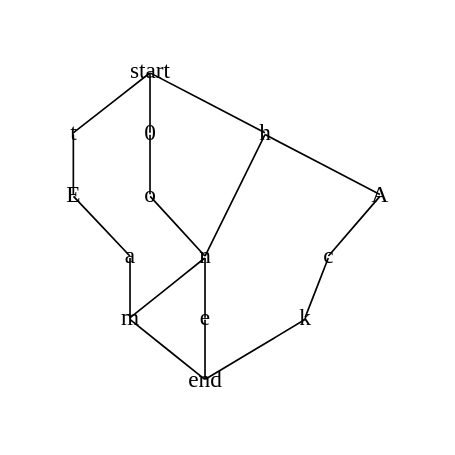
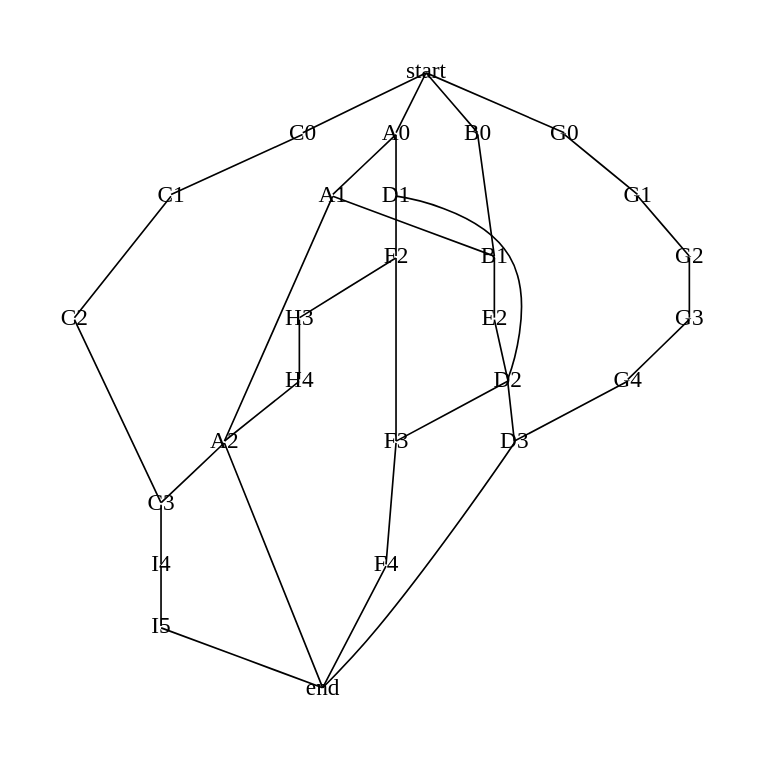
Before and after one commit to MarkusYPA/lem-in: the diagram in viz/graph.gv, drawn with Graphviz. The commit also changed 2 other files, not shown here.

```diff
--- a/viz/graph.gv
+++ b/viz/graph.gv
@@ -1,41 +1,72 @@
 digraph G {
     ratio=1;
     pad=0.5;
     edge [arrowhead=none];
 
     start [shape=box];
     end [shape=box];
 
     start [fixedsize=true height= 0, width=0 color="transparent"];
-    0 [fixedsize=true height= 0, width=0 color="transparent"];
-    o [fixedsize=true height= 0, width=0 color="transparent"];
-    n [fixedsize=true height= 0, width=0 color="transparent"];
-    e [fixedsize=true height= 0, width=0 color="transparent"];
-    t [fixedsize=true height= 0, width=0 color="transparent"];
-    E [fixedsize=true height= 0, width=0 color="transparent"];
-    a [fixedsize=true height= 0, width=0 color="transparent"];
-    m [fixedsize=true height= 0, width=0 color="transparent"];
-    h [fixedsize=true height= 0, width=0 color="transparent"];
-    A [fixedsize=true height= 0, width=0 color="transparent"];
-    c [fixedsize=true height= 0, width=0 color="transparent"];
-    k [fixedsize=true height= 0, width=0 color="transparent"];
     end [fixedsize=true height= 0, width=0 color="transparent"];
+    C0 [fixedsize=true height= 0, width=0 color="transparent"];
+    C1 [fixedsize=true height= 0, width=0 color="transparent"];
+    C2 [fixedsize=true height= 0, width=0 color="transparent"];
+    C3 [fixedsize=true height= 0, width=0 color="transparent"];
+    I4 [fixedsize=true height= 0, width=0 color="transparent"];
+    I5 [fixedsize=true height= 0, width=0 color="transparent"];
+    A0 [fixedsize=true height= 0, width=0 color="transparent"];
+    A1 [fixedsize=true height= 0, width=0 color="transparent"];
+    A2 [fixedsize=true height= 0, width=0 color="transparent"];
+    B0 [fixedsize=true height= 0, width=0 color="transparent"];
+    B1 [fixedsize=true height= 0, width=0 color="transparent"];
+    E2 [fixedsize=true height= 0, width=0 color="transparent"];
+    D1 [fixedsize=true height= 0, width=0 color="transparent"];
+    D2 [fixedsize=true height= 0, width=0 color="transparent"];
+    D3 [fixedsize=true height= 0, width=0 color="transparent"];
+    H4 [fixedsize=true height= 0, width=0 color="transparent"];
+    H3 [fixedsize=true height= 0, width=0 color="transparent"];
+    F2 [fixedsize=true height= 0, width=0 color="transparent"];
+    F3 [fixedsize=true height= 0, width=0 color="transparent"];
+    F4 [fixedsize=true height= 0, width=0 color="transparent"];
+    G0 [fixedsize=true height= 0, width=0 color="transparent"];
+    G1 [fixedsize=true height= 0, width=0 color="transparent"];
+    G2 [fixedsize=true height= 0, width=0 color="transparent"];
+    G3 [fixedsize=true height= 0, width=0 color="transparent"];
+    G4 [fixedsize=true height= 0, width=0 color="transparent"];
 
-    start -> t;
-    n -> e;
-    a -> m;
-    A -> c;
-    0 -> o;
-    E -> a;
-    k -> end;
-    start -> h;
-    o -> n;
-    m -> end;
-    t -> E;
-    start -> 0;
-    h -> A;
-    e -> end;
-    c -> k;
-    n -> m;
-    h -> n;
+    F2 -> H3
+    H3 -> H4;
+    H4 -> A2;
+    start -> G0;
+    G0 -> G1;
+    G1 -> G2;
+    G2 -> G3;
+    G3 -> G4;
+    G4 -> D3;
+    start -> A0;
+    A0 -> A1;
+    A0 -> D1;
+    A1 -> A2;
+    A1 -> B1;
+    A2 -> end;
+    A2 -> C3;
+    start -> B0;
+    B0 -> B1;
+    B1 -> E2;
+    start -> C0;
+    C0 -> C1;
+    C1 -> C2;
+    C2 -> C3;
+    C3 -> I4;
+    D1 -> D2;
+    D1 -> F2;
+    E2 -> D2
+    D2 -> D3;
+    D2 -> F3;
+    D3 -> end;
+    F2 -> F3;
+    F3 -> F4;
+    F4 -> end;
+    I4 -> I5;
+    I5 -> end;
 }
```
